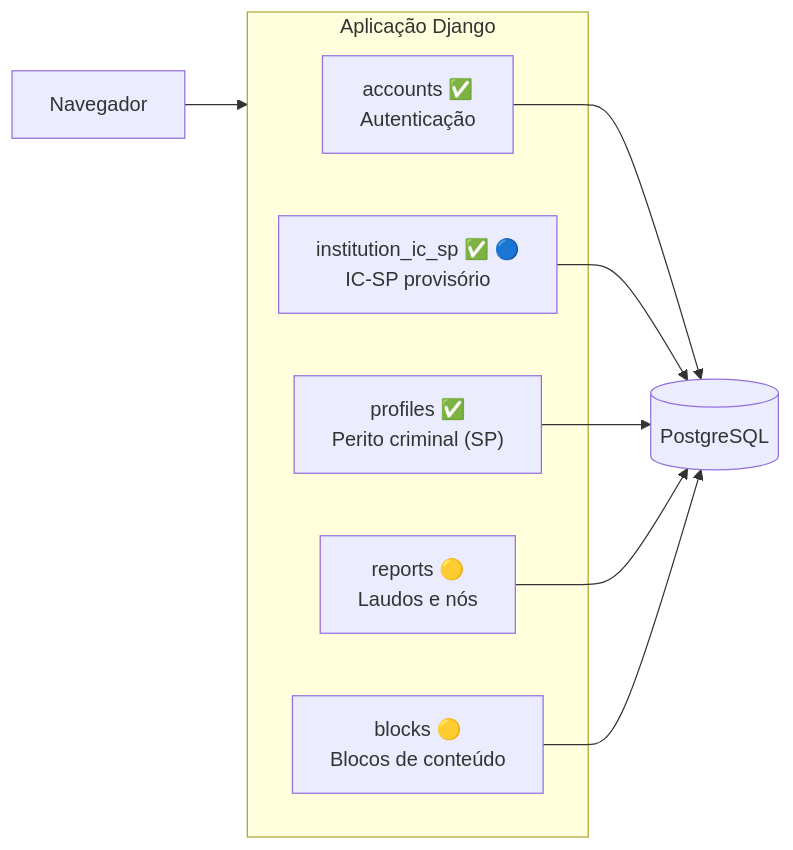
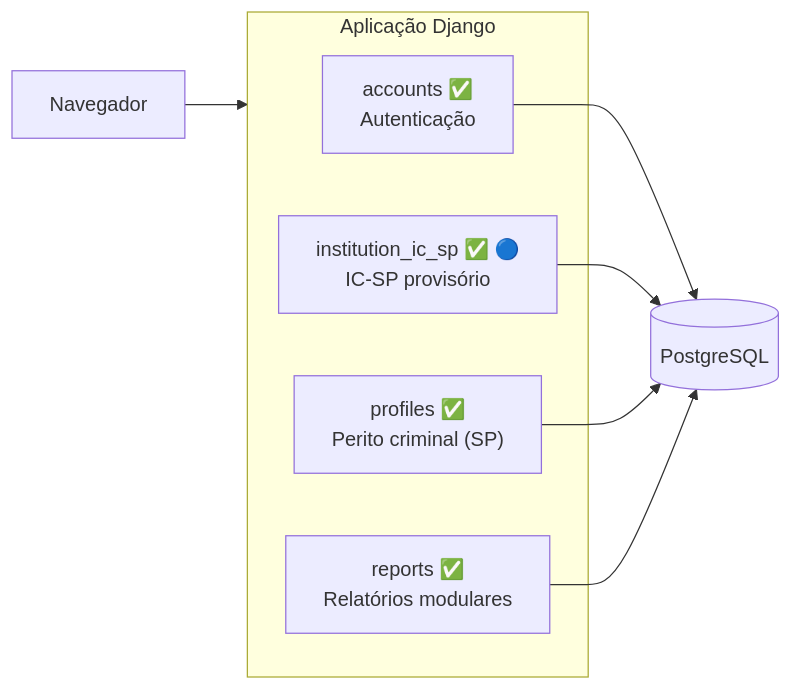
The second of 2 diagrams in docs/architecture/01-context.md (PeritoCriminal/reportline), drawn with Mermaid before and after one commit. The commit also changed other lines of this file and 33 other files, not shown here.

First line of the commit message:
feat(reports): implementar app de relatórios modulares

````diff
--- a/docs/architecture/01-context.md
+++ b/docs/architecture/01-context.md
@@ -54,21 +54,19 @@
 ```mermaid
 flowchart LR
     browser["Navegador"]
 
     subgraph django ["Aplicação Django"]
         accounts["accounts ✅<br/>Autenticação"]
         institution_ic_sp["institution_ic_sp ✅ 🔵<br/>IC-SP provisório"]
         profiles["profiles ✅<br/>Perito criminal (SP)"]
-        reports["reports 🟡<br/>Laudos e nós"]
-        blocks["blocks 🟡<br/>Blocos de conteúdo"]
+        reports["reports ✅<br/>Relatórios modulares"]
     end
 
     postgres[("PostgreSQL")]
 
     browser --> django
     accounts --> postgres
     institution_ic_sp --> postgres
     profiles --> postgres
     reports --> postgres
-    blocks --> postgres
 ```
````
